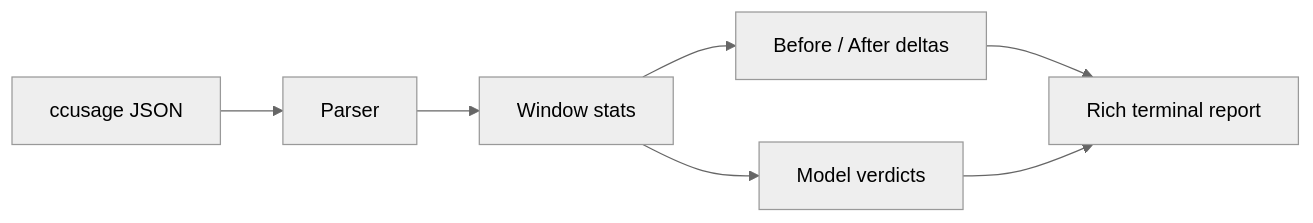
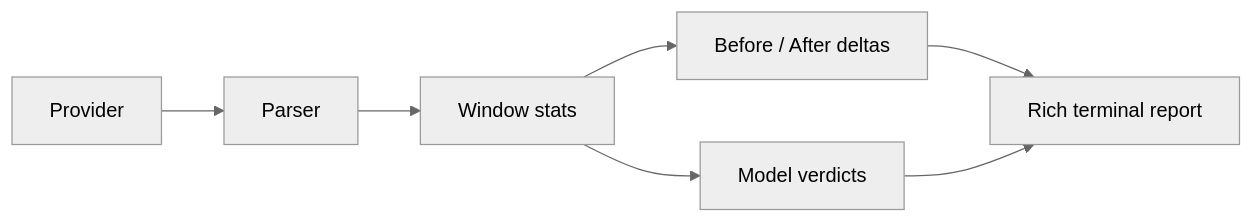
The diagram in README.md (mazulo/ai-cost-compare), drawn with Mermaid (neutral theme) before and after one commit. The commit also changed other lines of this file and 3 other files, not shown here.

````diff
--- a/README.md
+++ b/README.md
@@ -172,9 +192,9 @@
 ```mermaid
 flowchart LR
-  A[ccusage JSON] --> B[Parser]
+  P[Provider] --> B[Parser]
   B --> C[Window stats]
   C --> D[Before / After deltas]
   C --> E[Model verdicts]
   D --> F[Rich terminal report]
   E --> F
 ```
````
